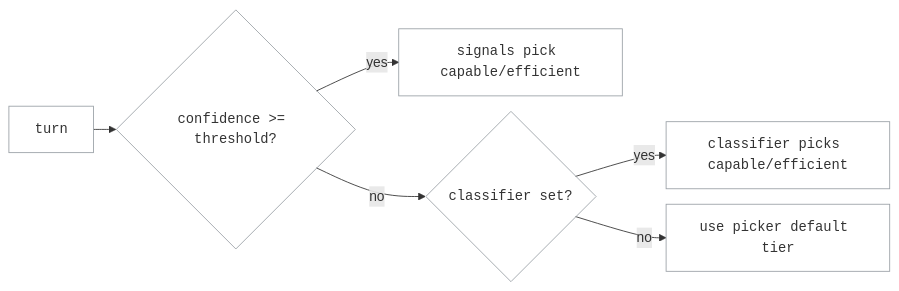
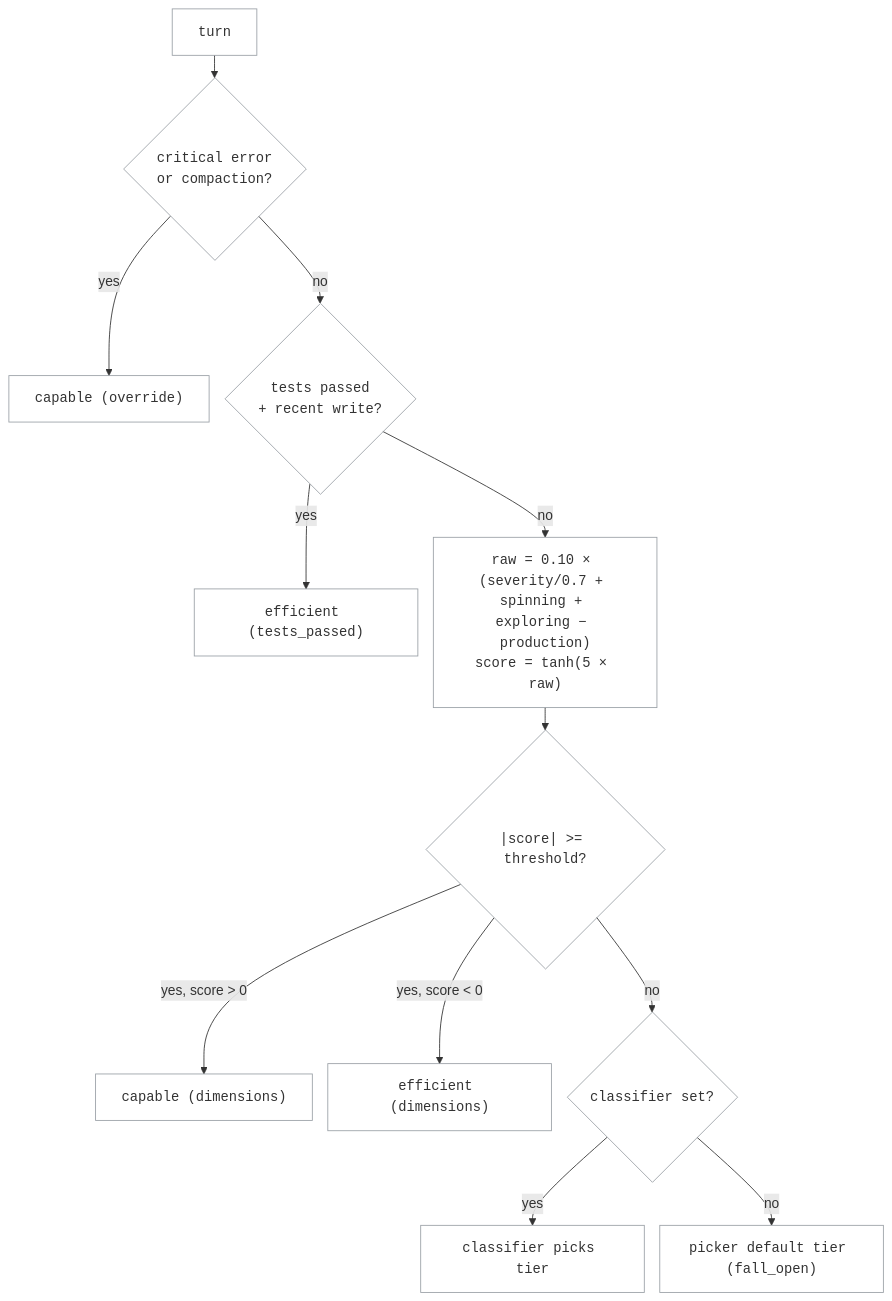
Before and after one commit to NVIDIA-NeMo/Switchyard: the diagram in docs/routing_algorithms/stage_router_routing.md, drawn with Mermaid. The commit also changed other lines of this file, not shown here.

Commit message:
docs(stage-router): correct the decision flow and rewrite threshold tuning

````diff
--- a/docs/routing_algorithms/stage_router_routing.md
+++ b/docs/routing_algorithms/stage_router_routing.md
@@ -48,12 +63,18 @@
 ```mermaid
 %%{init: {"flowchart": {"nodeSpacing": 18, "rankSpacing": 26}}}%%
-flowchart LR
-    t["turn"] --> g{"confidence >= threshold?"}
-    g -->|yes| s["signals pick capable/efficient"]
+flowchart TB
+    t["turn"] --> h{"critical error<br/>or compaction?"}
+    h -->|yes| cap["capable (override)"]
+    h -->|no| dz{"tests passed<br/>+ recent write?"}
+    dz -->|yes| eff["efficient (tests_passed)"]
+    dz -->|no| sc["raw = 0.10 × (severity/0.7 + spinning + exploring − production)<br/>score = tanh(5 × raw)"]
+    sc --> g{"|score| >= threshold?"}
+    g -->|"yes, score > 0"| cap2["capable (dimensions)"]
+    g -->|"yes, score < 0"| eff2["efficient (dimensions)"]
     g -->|no| c{"classifier set?"}
-    c -->|yes| k["classifier picks capable/efficient"]
-    c -->|no| d["use picker default tier"]
+    c -->|yes| k["classifier picks tier"]
+    c -->|no| d["picker default tier (fall_open)"]
 
     classDef box font-family:monospace,fill:none,stroke:#9aa0a6,stroke-width:1px;
-    class t,s,k,d,g,c box;
+    class t,h,dz,sc,g,c,cap,eff,cap2,eff2,k,d box;
 ```
````
